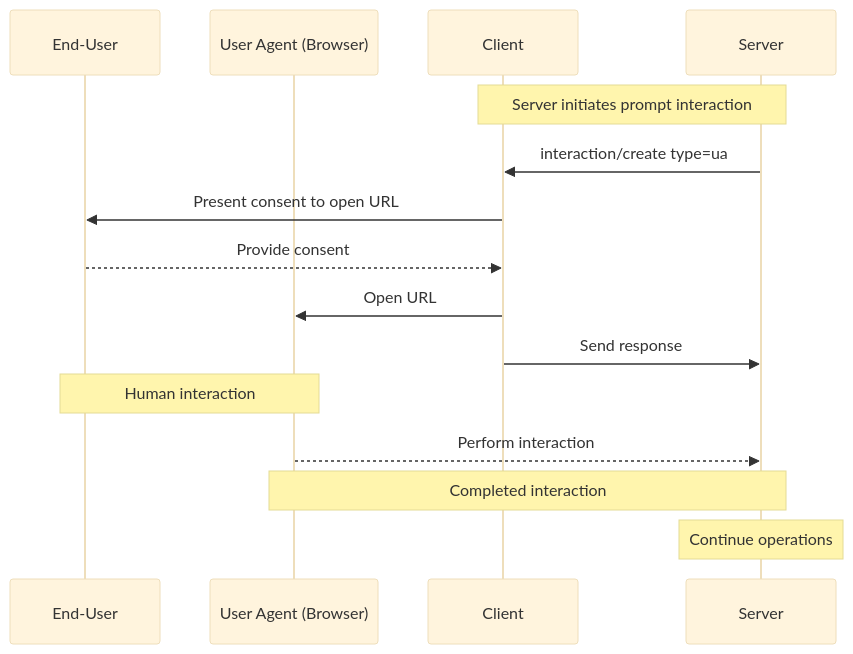
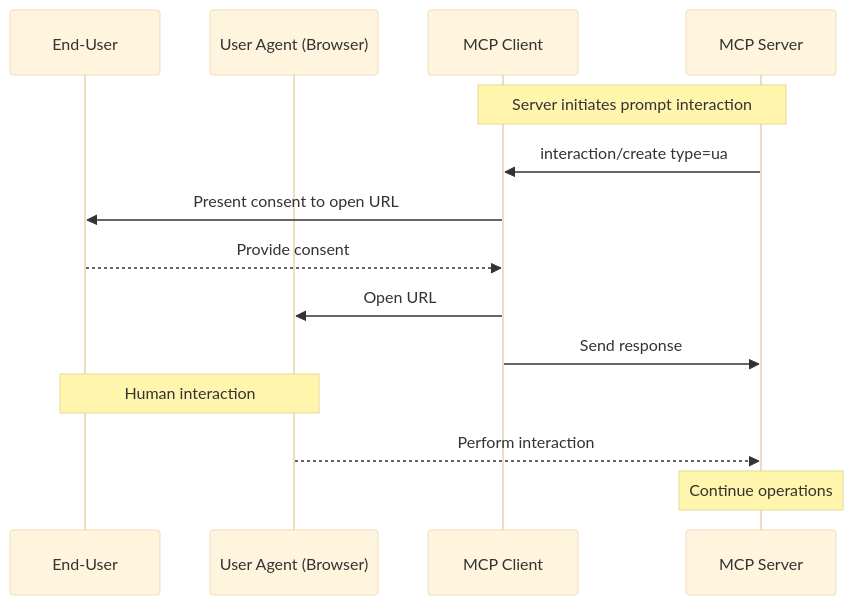
Before and after one commit to modelcontextprotocol/specification: the first of 2 diagrams in docs/specification/draft/client/user_interaction.mdx, drawn with Mermaid (base theme). The commit also changed other lines of this file and 6 other files, not shown here.

````diff
--- a/docs/specification/draft/client/user_interaction.mdx
+++ b/docs/specification/draft/client/user_interaction.mdx
@@ -179,22 +107,20 @@
 ```mermaid
 sequenceDiagram
     participant U as End-User
     participant B as User Agent (Browser)
-    participant C as Client
-    participant S as Server
+    participant C as MCP Client
+    participant S as MCP Server
 
     Note over S,C: Server initiates prompt interaction
     S->>C: interaction/create type=ua
 
     C->>U: Present consent to open URL
     U-->>C: Provide consent
 
     C->>B: Open URL
     C->>S: Send response
     Note over U,B: Human interaction
     B-->>S: Perform interaction
 
-    Note over S,B: Completed interaction
-
     Note over S: Continue operations
 ```
````
